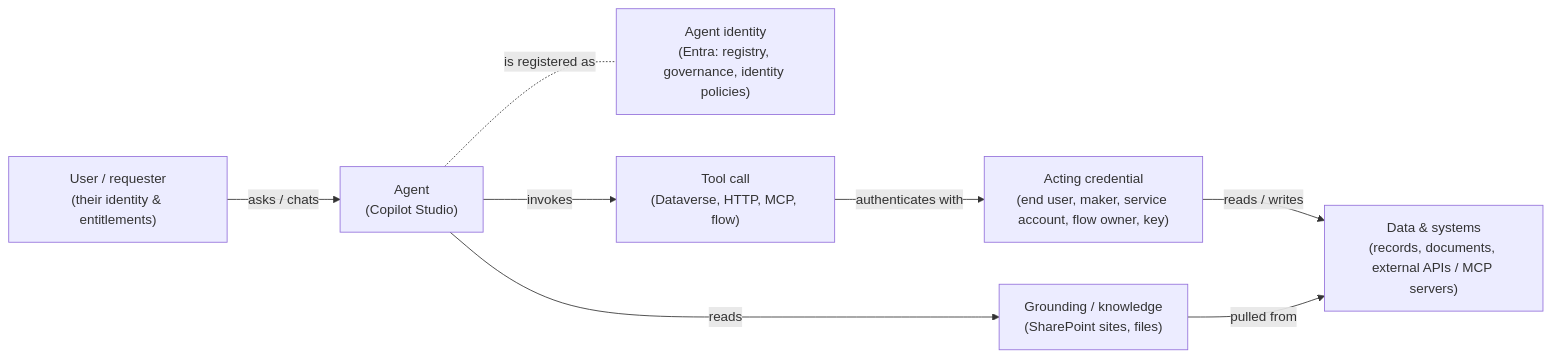
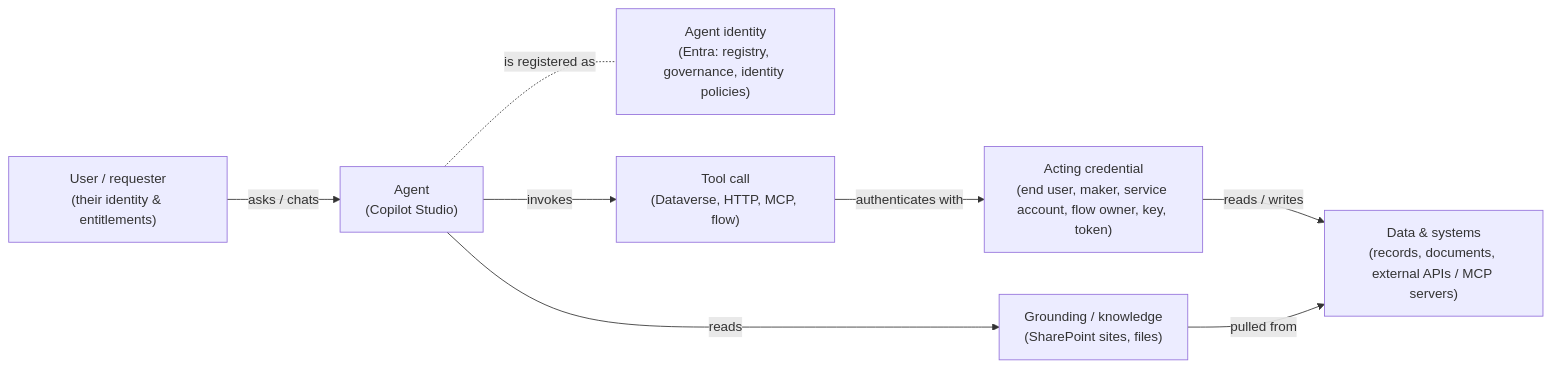
Before and after one commit to solliancenet/copilot-studio-shadow-agents-workshop: the diagram in docs/01_the_agent_estate/01_02.md, drawn with Mermaid. The commit also changed other lines of this file and 1 other file, not shown here.

Commit message:
01-03: SharePoint knowledge's reader is Unknown until Exercise 04, B4 not ruled out, offline SharePoint rows ignored; token back in the 01-02 and 01-03 credential lists

````diff
--- a/docs/01_the_agent_estate/01_02.md
+++ b/docs/01_the_agent_estate/01_02.md
@@ -27,18 +27,18 @@
 ```mermaid
 flowchart LR
   U["User / requester<br/>(their identity &amp; entitlements)"]
   A["Agent<br/>(Copilot Studio)"]
   ID["Agent identity<br/>(Entra: registry, governance, identity policies)"]
   T["Tool call<br/>(Dataverse, HTTP, MCP, flow)"]
-  CR["Acting credential<br/>(end user, maker, service account, flow owner, key)"]
+  CR["Acting credential<br/>(end user, maker, service account, flow owner, key, token)"]
   G["Grounding / knowledge<br/>(SharePoint sites, files)"]
   D["Data &amp; systems<br/>(records, documents, external APIs / MCP servers)"]
 
   U -->|"asks / chats"| A
   A -. "is registered as" .- ID
   A -->|"invokes"| T
   T -->|"authenticates with"| CR
   CR -->|"reads / writes"| D
   A -->|"reads"| G
   G -->|"pulled from"| D
 ```
````
